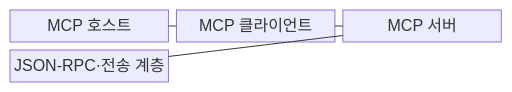
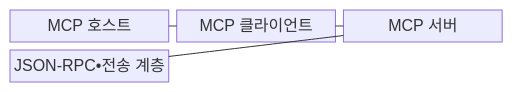
Before and after one commit to agnusdei1207/knowledge-base: the first of 2 diagrams in src/content/docs/notes/08-latest-tech/006_model_context_protocol.md, drawn with Mermaid. The commit also changed other lines of this file and 953 other files, not shown here.

````diff
--- a/src/content/docs/notes/08-latest-tech/006_model_context_protocol.md
+++ b/src/content/docs/notes/08-latest-tech/006_model_context_protocol.md
@@ -65,11 +65,11 @@
 ```mermaid
 block-beta
     columns 3
     H["MCP 호스트"]
     C["MCP 클라이언트"]
     T["MCP 서버"]
-    S["JSON-RPC·전송 계층"]
+    S["JSON-RPC•전송 계층"]
     H --- C
     C --- T
     T --- S
 ```
````
